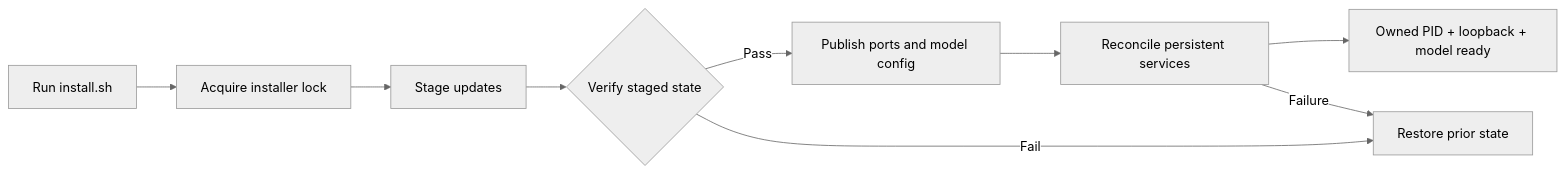
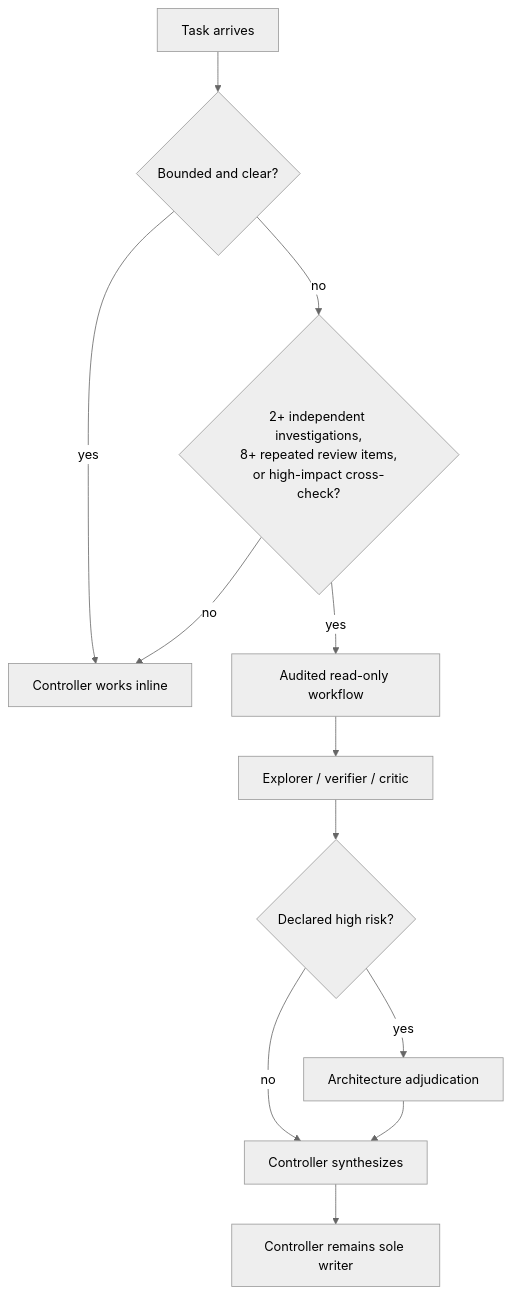
One commit to orichum/claudex-workflow changed the third of 3 diagrams in README.md. Above: the diagram before and after it, drawn with Mermaid (neutral theme). The commit also changed other lines of this file and 70 other files, not shown here.

````diff
--- a/README.md
+++ b/README.md
@@ -170,11 +281,14 @@
 ```mermaid
-flowchart LR
-    Run["Run install.sh"] --> Lock["Acquire installer lock"]
-    Lock --> Stage["Stage updates"]
-    Stage --> Verify{"Verify staged state"}
-    Verify -->|"Pass"| Publish["Publish ports and model config"]
-    Publish --> Activate["Reconcile persistent services"]
-    Activate --> Healthy["Owned PID + loopback + model ready"]
-    Verify -->|"Fail"| Restore["Restore prior state"]
-    Activate -->|"Failure"| Restore
+flowchart TD
+    Q["Task arrives"] --> L{"Bounded and clear?"}
+    L -->|"yes"| I["Controller works inline"]
+    L -->|"no"| H{"2+ independent investigations,<br/>8+ repeated review items,<br/>or high-impact cross-check?"}
+    H -->|"no"| I
+    H -->|"yes"| W["Audited read-only workflow"]
+    W --> E["Explorer / verifier / critic"]
+    E --> A{"Declared high risk?"}
+    A -->|"yes"| R["Architecture adjudication"]
+    A -->|"no"| Y["Controller synthesizes"]
+    R --> Y
+    Y --> Z["Controller remains sole writer"]
 ```
````
